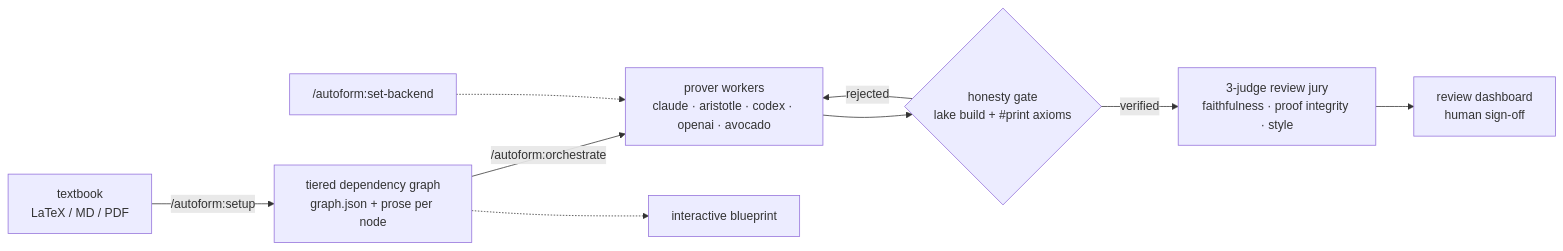
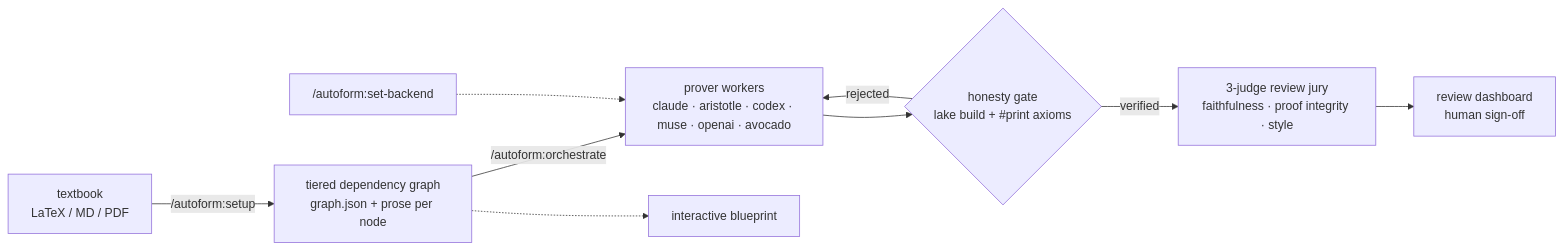
The diagram in README.md (VivienCabannes/autoform-bot), drawn with Mermaid before and after one commit. The commit also changed other lines of this file and 26 other files, not shown here.

````diff
--- a/README.md
+++ b/README.md
@@ -33,11 +33,11 @@
 ```mermaid
 flowchart LR
     A[textbook<br/>LaTeX / MD / PDF] -->|/autoform:setup| B[tiered dependency graph<br/>graph.json + prose per node]
-    B -->|/autoform:orchestrate| C[prover workers<br/>claude · aristotle · codex · openai · avocado]
+    B -->|/autoform:orchestrate| C[prover workers<br/>claude · aristotle · codex · muse · openai · avocado]
     C --> D{honesty gate<br/>lake build + #print axioms}
     D -->|rejected| C
     D -->|verified| E[3-judge review jury<br/>faithfulness · proof integrity · style]
     E --> F[review dashboard<br/>human sign-off]
     B -.-> G[interactive blueprint]
     H["/autoform:set-backend"] -.-> C
 ```
````
